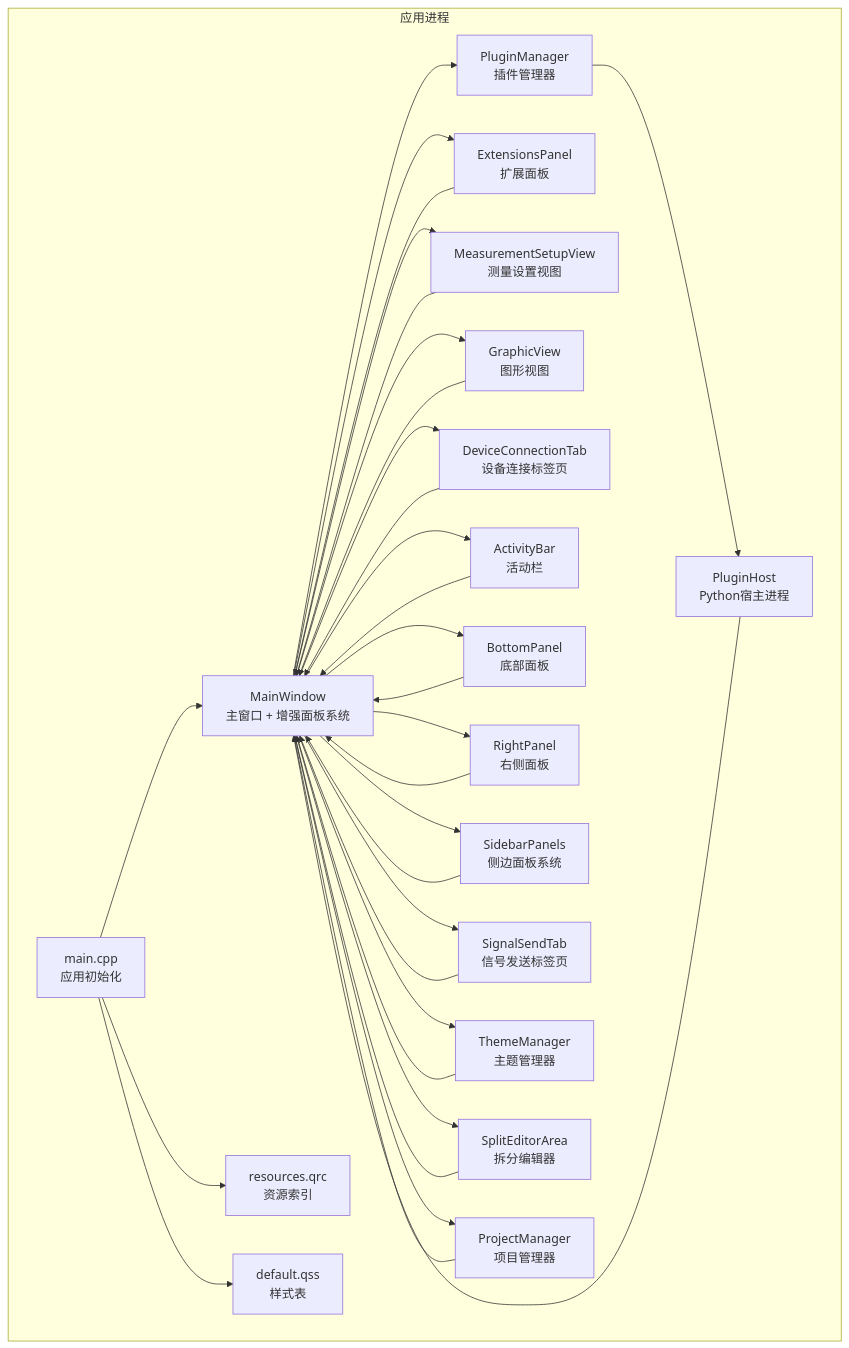
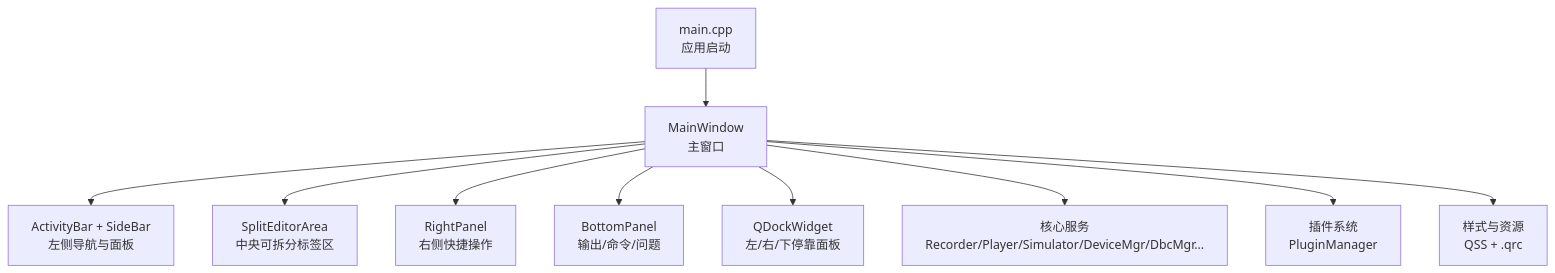
The first of 8 diagrams in .qoder/repowiki/zh/content/架构设计/主窗口组件架构.md (jakecai1225-design/OpenBus), drawn with Mermaid before and after one commit. The commit also changed other lines of this file and 5 other files, not shown here.

````diff
--- a/.qoder/repowiki/zh/content/架构设计/主窗口组件架构.md
+++ b/.qoder/repowiki/zh/content/架构设计/主窗口组件架构.md
@@ -149,53 +33,12 @@
 ```mermaid
 graph TB
-subgraph "应用进程"
-M["main.cpp<br/>应用初始化"]
-MW["MainWindow<br/>主窗口 + 增强面板系统"]
-PM["PluginManager<br/>插件管理器"]
-EP["ExtensionsPanel<br/>扩展面板"]
-PH["PluginHost<br/>Python宿主进程"]
-MSV["MeasurementSetupView<br/>测量设置视图"]
-GV["GraphicView<br/>图形视图"]
-DCT["DeviceConnectionTab<br/>设备连接标签页"]
-AB["ActivityBar<br/>活动栏"]
-BP["BottomPanel<br/>底部面板"]
-RP["RightPanel<br/>右侧面板"]
-SP["SidebarPanels<br/>侧边面板系统"]
-ST["SignalSendTab<br/>信号发送标签页"]
-TM["ThemeManager<br/>主题管理器"]
-SEA["SplitEditorArea<br/>拆分编辑器"]
-PRM["ProjectManager<br/>项目管理器"]
-R["resources.qrc<br/>资源索引"]
-QSS["default.qss<br/>样式表"]
-end
-M --> MW
-M --> R
-M --> QSS
-MW --> PM
-MW --> EP
-PM --> PH
-MW --> MSV
-MW --> GV
-MW --> DCT
-MW --> AB
-MW --> BP
-MW --> RP
-MW --> SP
-MW --> ST
-MW --> TM
-MW --> SEA
-MW --> PRM
-MSV --> MW
-GV --> MW
-DCT --> MW
-AB --> MW
-BP --> MW
-RP --> MW
-SP --> MW
-ST --> MW
-TM --> MW
-SEA --> MW
-PRM --> MW
-PH --> MW
-EP --> MW
+A["main.cpp<br/>应用启动"] --> B["MainWindow<br/>主窗口"]
+B --> C["ActivityBar + SideBar<br/>左侧导航与面板"]
+B --> D["SplitEditorArea<br/>中央可拆分标签区"]
+B --> E["RightPanel<br/>右侧快捷操作"]
+B --> F["BottomPanel<br/>输出/命令/问题"]
+B --> G["QDockWidget<br/>左/右/下停靠面板"]
+B --> H["核心服务<br/>Recorder/Player/Simulator/DeviceMgr/DbcMgr..."]
+B --> I["插件系统<br/>PluginManager"]
+B --> J["样式与资源<br/>QSS + .qrc"]
 ```
````
